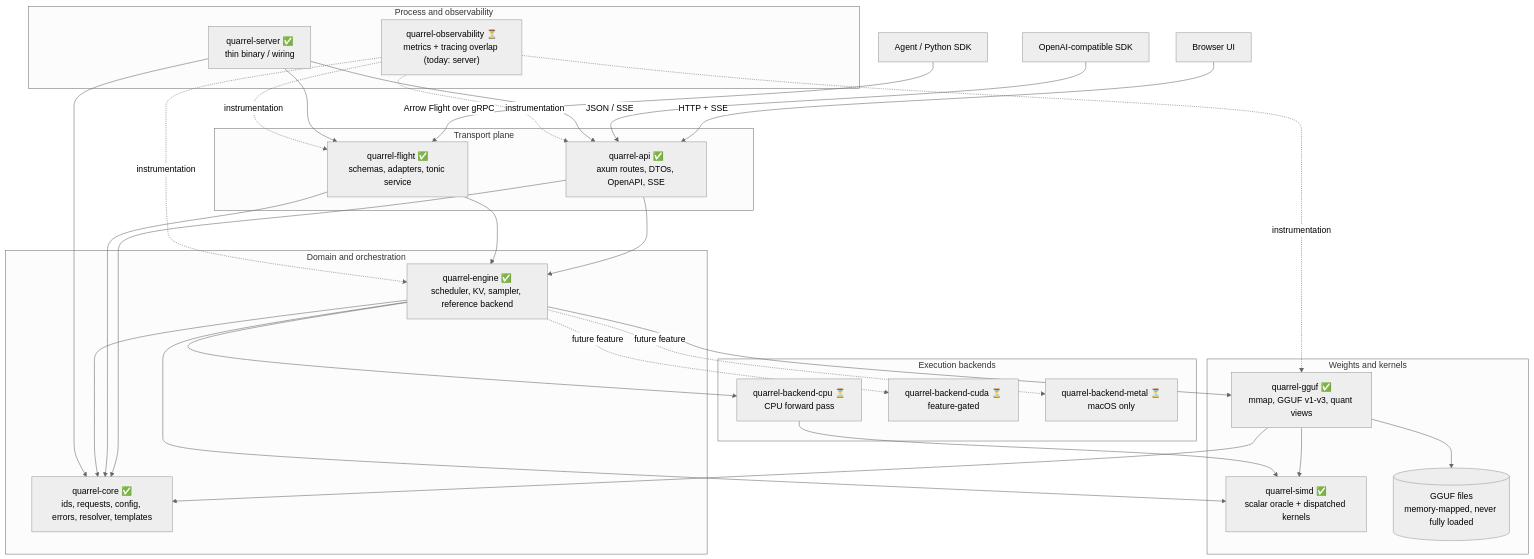
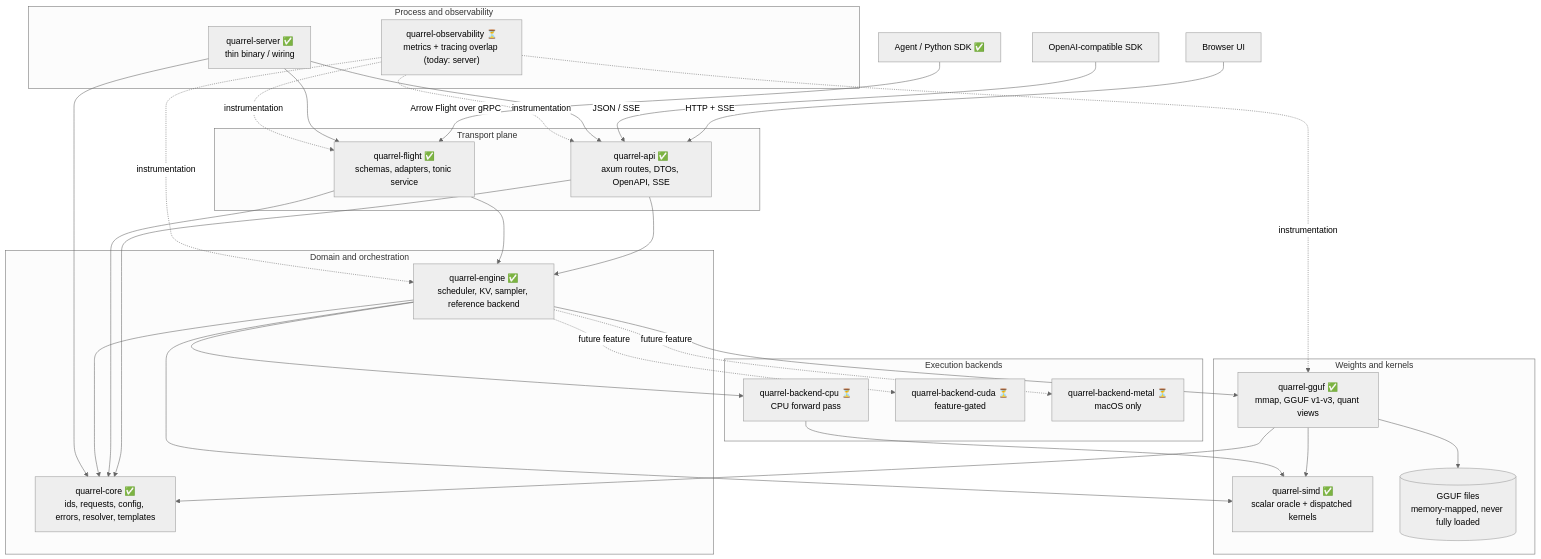
The first of 5 diagrams in docs/architecture.md (23skdu/quarrel-rs), drawn with Mermaid (neutral theme) before and after one commit. The commit also changed other lines of this file and 30 other files, not shown here.

First line of the commit message:
Complete resolver, quant, engine and Flight client roadmap items

````diff
--- a/docs/architecture.md
+++ b/docs/architecture.md
@@ -15,55 +15,55 @@
 ```mermaid
 flowchart TB
-    Agent["Agent / Python SDK"] -->|"Arrow Flight over gRPC"| Flight
+    Agent["Agent / Python SDK ✅"] -->|"Arrow Flight over gRPC"| Flight
     Browser["Browser UI"] -->|"HTTP + SSE"| Api
     Sdk["OpenAI-compatible SDK"] -->|"JSON / SSE"| Api
 
     subgraph Transport["Transport plane"]
         Flight["quarrel-flight ✅<br/>schemas, adapters, tonic service"]
         Api["quarrel-api ✅<br/>axum routes, DTOs, OpenAPI, SSE"]
     end
 
     subgraph Domain["Domain and orchestration"]
         Engine["quarrel-engine ✅<br/>scheduler, KV, sampler, reference backend"]
         Core["quarrel-core ✅<br/>ids, requests, config, errors, resolver, templates"]
     end
 
     subgraph Storage["Weights and kernels"]
         Gguf["quarrel-gguf ✅<br/>mmap, GGUF v1-v3, quant views"]
         Simd["quarrel-simd ✅<br/>scalar oracle + dispatched kernels"]
         Weights[("GGUF files<br/>memory-mapped, never fully loaded")]
     end
 
     subgraph Backends["Execution backends"]
         Cpu["quarrel-backend-cpu ⏳<br/>CPU forward pass"]
         Cuda["quarrel-backend-cuda ⏳<br/>feature-gated"]
         Metal["quarrel-backend-metal ⏳<br/>macOS only"]
     end
 
     subgraph Operations["Process and observability"]
         Server["quarrel-server ✅<br/>thin binary / wiring"]
         Obs["quarrel-observability ⏳<br/>metrics + tracing overlap (today: server)"]
     end
 
     Api --> Core
     Api --> Engine
     Flight --> Core
     Flight --> Engine
     Engine --> Core
     Engine --> Gguf
     Engine --> Simd
     Gguf --> Core
     Gguf --> Simd
     Gguf --> Weights
     Engine --> Cpu
     Engine -. "future feature" .-> Cuda
     Engine -. "future feature" .-> Metal
     Cpu --> Simd
     Server --> Api
     Server --> Flight
     Server --> Core
     Obs -. "instrumentation" .-> Api
     Obs -. "instrumentation" .-> Flight
     Obs -. "instrumentation" .-> Engine
     Obs -. "instrumentation" .-> Gguf
 ```
````
